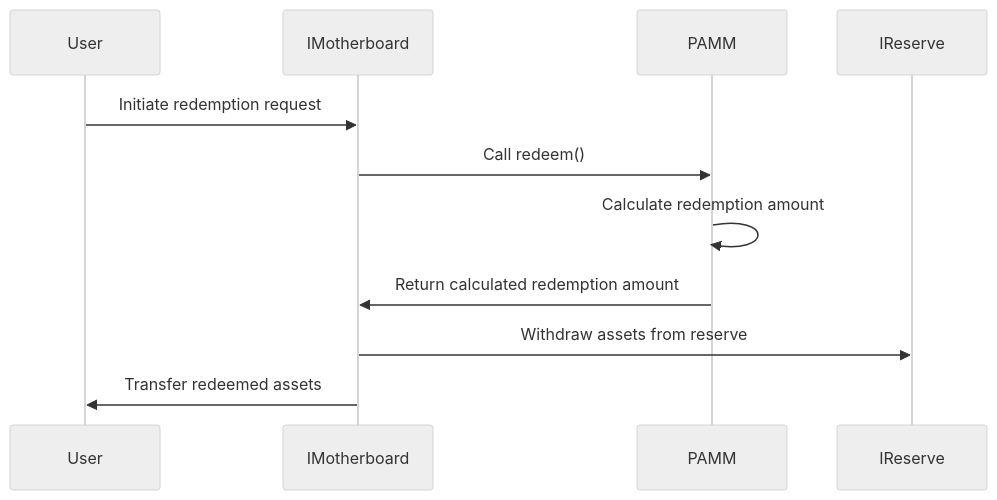
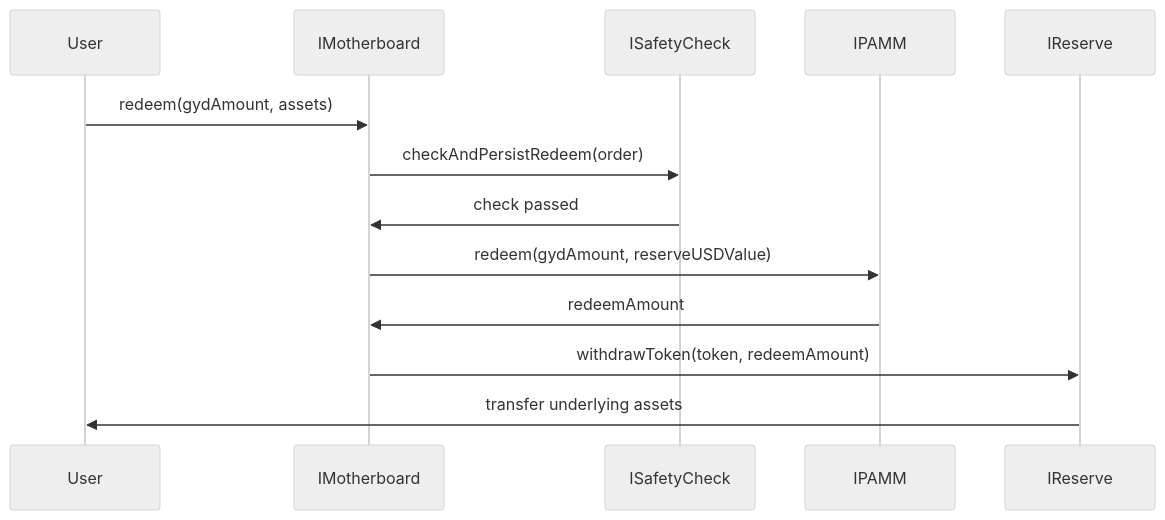
The diagram in pages/architecture-interactions/redemption-flow.mdx (hrishioa/gyro-contract-docs), drawn with Mermaid (neutral theme) before and after one commit. The commit also changed other lines of this file and 26 other files, not shown here.

````diff
--- a/pages/architecture-interactions/redemption-flow.mdx
+++ b/pages/architecture-interactions/redemption-flow.mdx
@@ -23,14 +33,16 @@
 ```mermaid
 sequenceDiagram
     participant User
     participant IMotherboard
-    participant PAMM
+    participant ISafetyCheck
+    participant IPAMM
     participant IReserve
 
-    User->>IMotherboard: Initiate redemption request
-    IMotherboard->>PAMM: Call redeem()
-    PAMM->>PAMM: Calculate redemption amount
-    PAMM->>IMotherboard: Return calculated redemption amount
-    IMotherboard->>IReserve: Withdraw assets from reserve
-    IMotherboard->>User: Transfer redeemed assets
+    User->>IMotherboard: redeem(gydAmount, assets)
+    IMotherboard->>ISafetyCheck: checkAndPersistRedeem(order)
+    ISafetyCheck->>IMotherboard: check passed
+    IMotherboard->>IPAMM: redeem(gydAmount, reserveUSDValue)
+    IPAMM->>IMotherboard: redeemAmount
+    IMotherboard->>IReserve: withdrawToken(token, redeemAmount)
+    IReserve->>User: transfer underlying assets
 ```
````
